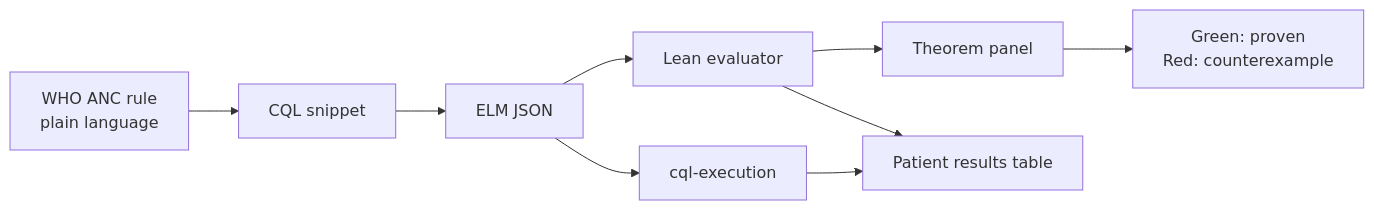
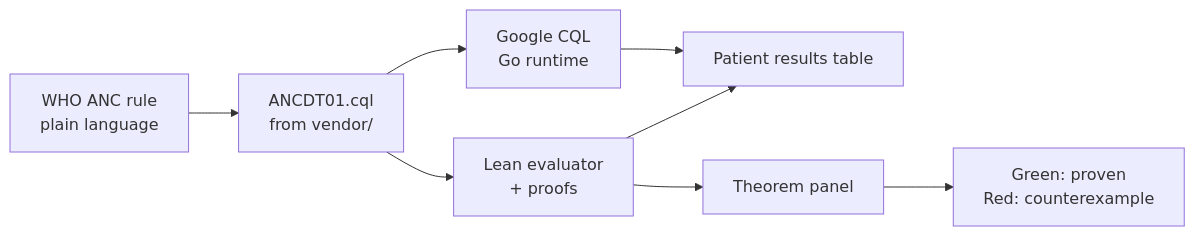
One commit to jessicalundin/lean_cql_anc changed the diagram in README.md. Above: the diagram before and after it, drawn with Mermaid. The commit also changed other lines of this file and 25 other files, not shown here.

First line of the commit message:
Replace custom DangerSigns.cql with real WHO ANCDT01; use HealthBench-only fixtures

````diff
--- a/README.md
+++ b/README.md
@@ -206,11 +200,10 @@
 ```mermaid
 flowchart LR
-  A[WHO ANC rule<br/>plain language] --> B[CQL snippet]
-  B --> C[ELM JSON]
-  C --> D[Lean evaluator]
-  C --> E[cql-execution]
+  A[WHO ANC rule<br/>plain language] --> B[ANCDT01.cql<br/>from vendor/]
+  B --> C[Google CQL<br/>Go runtime]
+  B --> D[Lean evaluator<br/>+ proofs]
+  C --> G[Patient results table]
+  D --> G
   D --> F[Theorem panel]
-  E --> G[Patient results table]
-  D --> G
   F --> H[Green: proven<br/>Red: counterexample]
 ```
````
